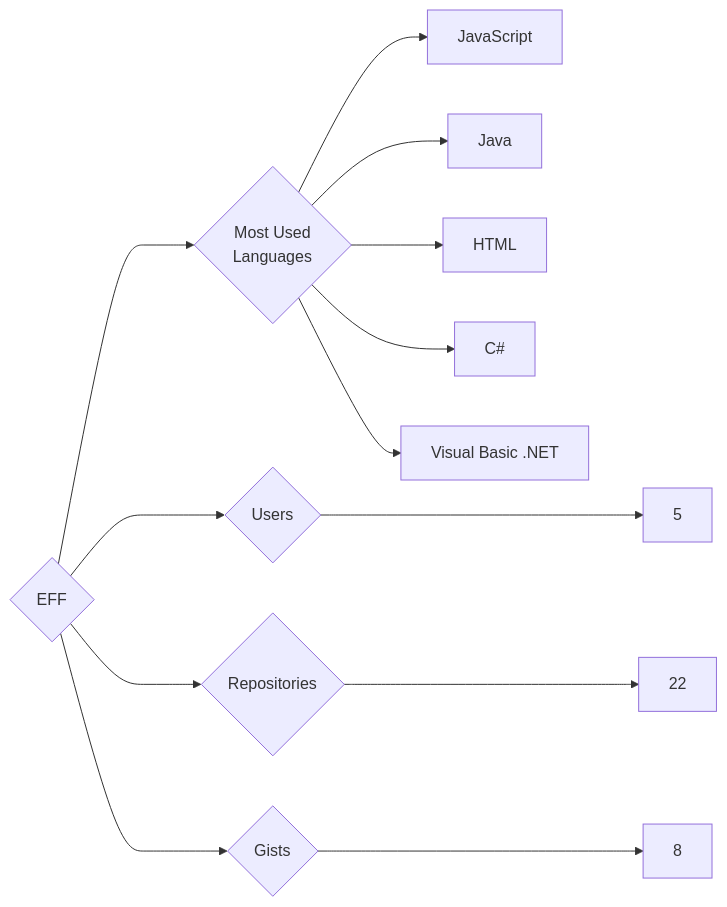
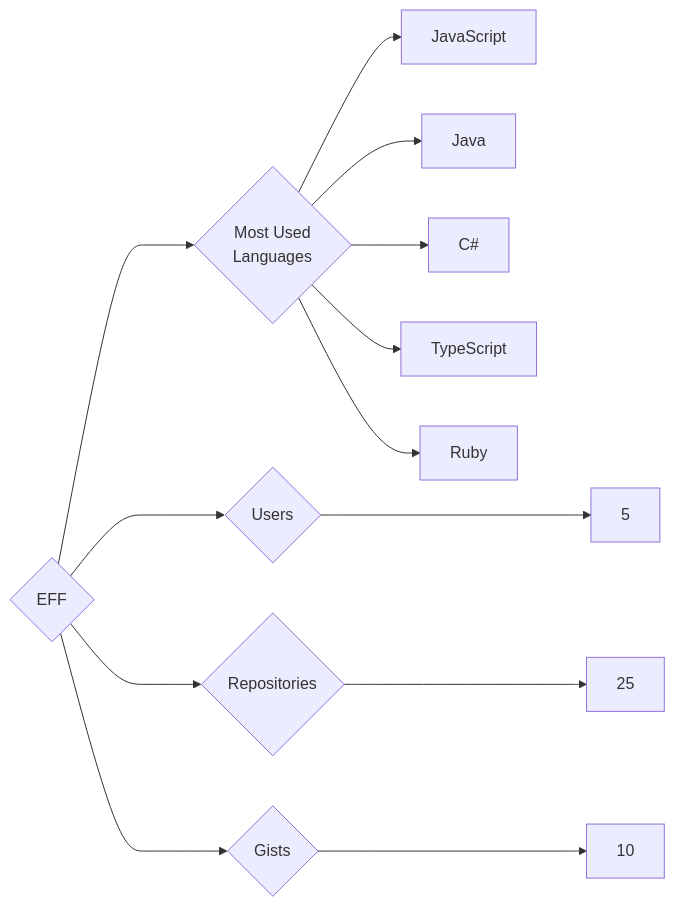
One commit to trickest/insiders changed the diagram in targets/EFF/README.md. Above: the diagram before and after it, drawn with Mermaid. The commit also changed 1088 other files, not shown here.

````diff
--- a/targets/EFF/README.md
+++ b/targets/EFF/README.md
@@ -3,13 +3,13 @@
 ```mermaid
 graph LR
 COMPANY_NAME{EFF}
 COMPANY_NAME ---> U{Users} ---> UN[5]
-COMPANY_NAME ---> R{Repositories} ---> RN[22]
-COMPANY_NAME ---> G{Gists} ---> GN[8]
+COMPANY_NAME ---> R{Repositories} ---> RN[25]
+COMPANY_NAME ---> G{Gists} ---> GN[10]
 COMPANY_NAME ---> ML{Most Used<br>Languages}
 ML --> JavaScript[JavaScript]
 ML --> Java[Java]
-ML --> HTML[HTML]
 ML --> C#[C#]
-ML --> Visual_Basic_.NET[Visual Basic .NET]
+ML --> TypeScript[TypeScript]
+ML --> Ruby[Ruby]
 ```
````
